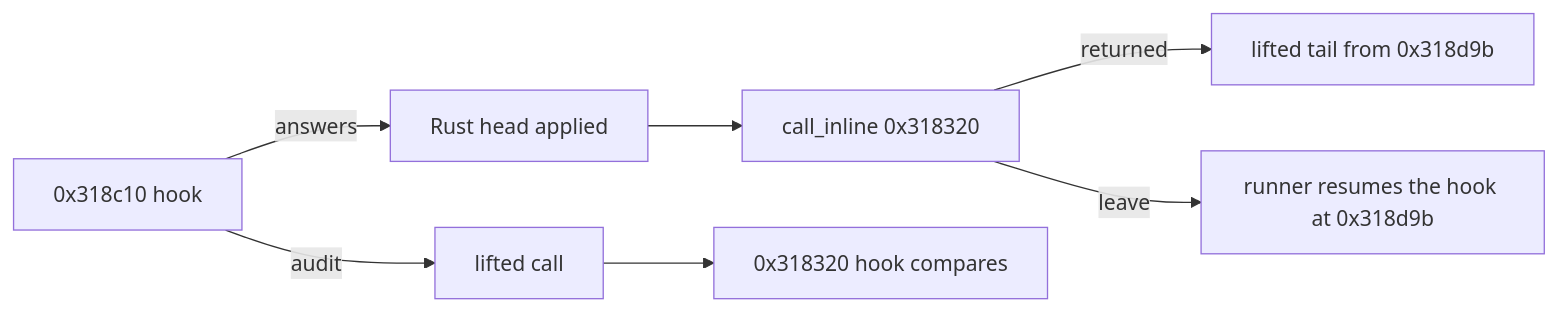
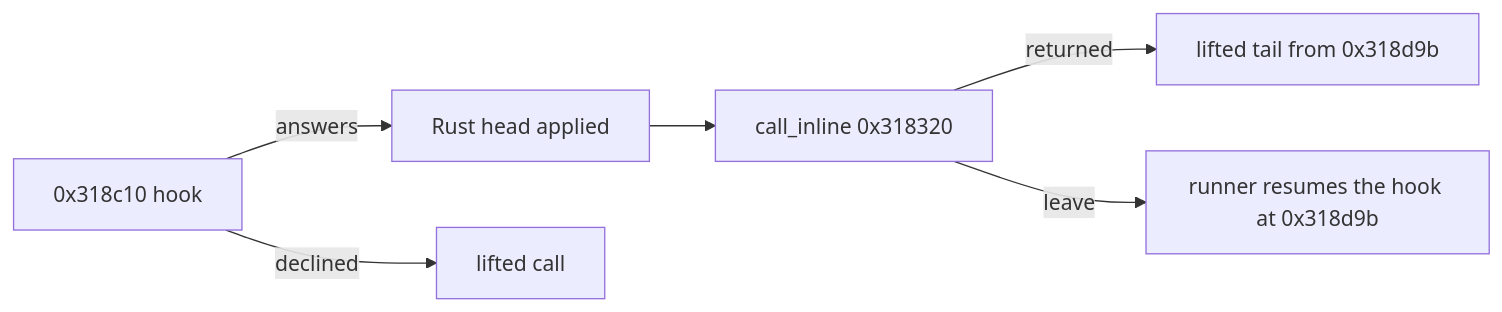
Before and after one commit to 0xdeafcafe/h2r: the third of 5 diagrams in docs/engine/havok-convex.md, drawn with Mermaid. The commit also changed other lines of this file and 16 other files, not shown here.

````diff
--- a/docs/engine/havok-convex.md
+++ b/docs/engine/havok-convex.md
@@ -257,6 +256,6 @@
 ```mermaid
 flowchart LR
     E[0x318c10 hook] -->|answers| H[Rust head applied] --> W[call_inline 0x318320] -->|returned| T[lifted tail from 0x318d9b]
     W -->|leave| R[runner resumes the hook at 0x318d9b]
-    E -->|audit| G[lifted call] --> C[0x318320 hook compares]
+    E -->|declined| G[lifted call]
 ```
````
